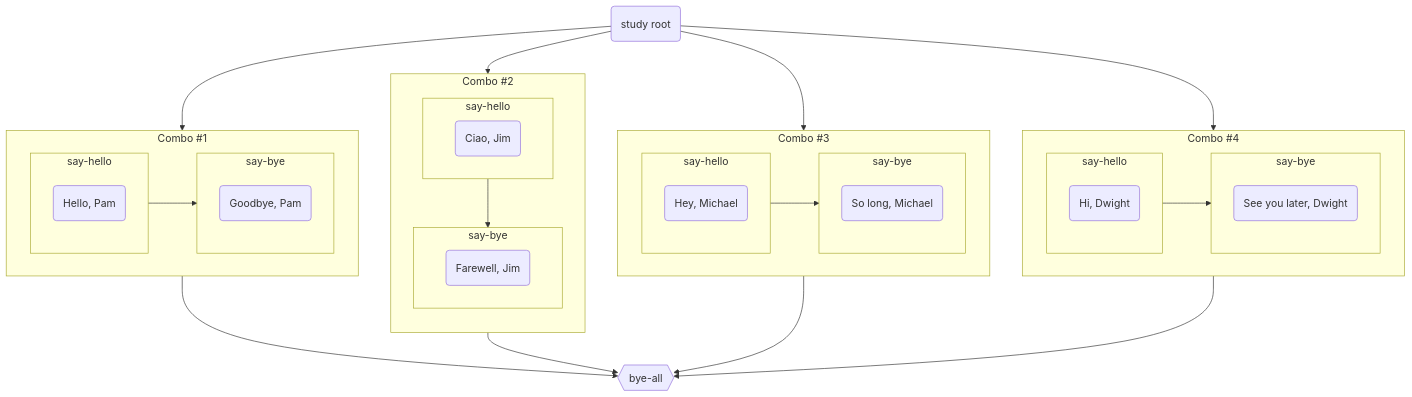
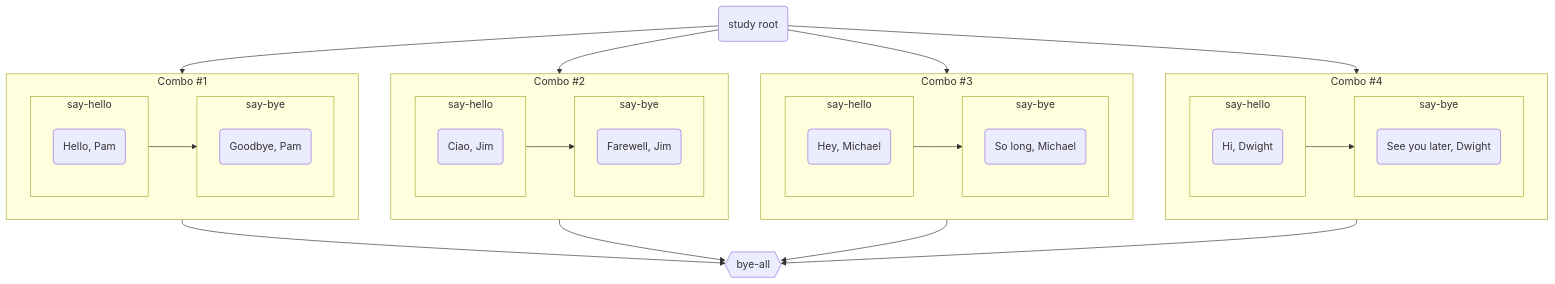
The diagram in docs/index.md (LLNL/maestrowf), drawn with Mermaid before and after one commit. The commit also changed other lines of this file and 6 other files, not shown here.

````diff
--- a/docs/index.md
+++ b/docs/index.md
@@ -102,49 +102,48 @@
         ``` mermaid
-        flowchart TD;
-            A(study root) --> COMBO1;
+        flowchart TD
+            A(study root) --> COMBO1
             subgraph COMBO1 [Combo #1]
               subgraph say_hello1 [say-hello]
                 B(Hello, Pam)
               end
               subgraph say_bye1 [say-bye]
                 C(Goodbye, Pam)
               end
               say_hello1 --> say_bye1
             end
             A --> COMBO2
             subgraph COMBO2 [Combo #2]
-              direction TB
               subgraph say_hello2 [say-hello]
                 D(Ciao, Jim)
               end
               subgraph say_bye2 [say-bye]
                 E(Farewell, Jim)
               end
               say_hello2 --> say_bye2
             end
             A --> COMBO3
             subgraph COMBO3 [Combo #3]
               subgraph say_hello3 [say-hello]
                 F(Hey, Michael)
               end
               subgraph say_bye3 [say-bye]
                 G(So long, Michael)
               end
               say_hello3 --> say_bye3
             end
             A --> COMBO4
             subgraph COMBO4 [Combo #4]
               subgraph say_hello4 [say-hello]
                 H(Hi, Dwight)
               end
               subgraph say_bye4 [say-bye]
                 I(See you later, Dwight)
               end
-              say_hello4 --> say_bye4;
+              say_hello4 --> say_bye4
             end
-            
-            COMBO1 --> J{{bye-all}}
-            COMBO2 --> J{{bye-all}}
-            COMBO3 --> J{{bye-all}}
-            COMBO4 --> J{{bye-all}}
+            J{{bye-all}}
+            COMBO1 --> J
+            COMBO2 --> J
+            COMBO3 --> J
+            COMBO4 --> J
         ```
````
